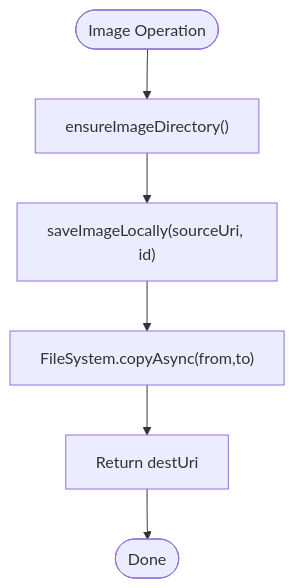
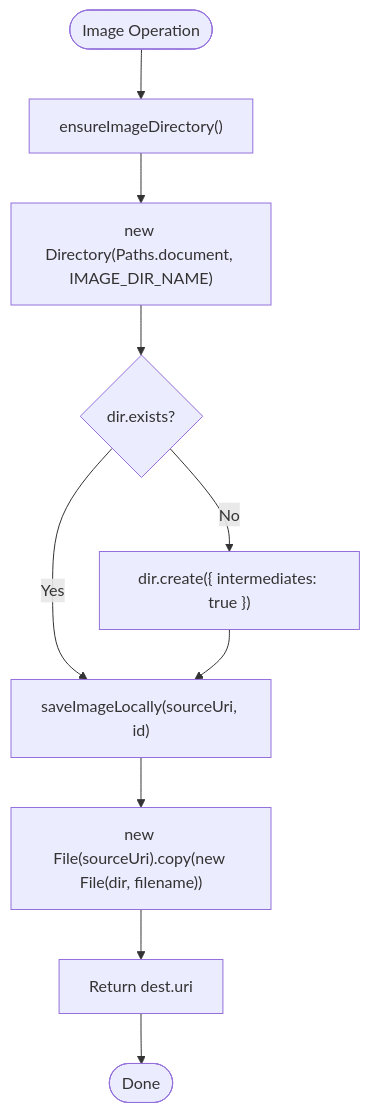
The seventh of 9 diagrams in .qoder/repowiki/en/content/Camera Integration.md (AdeelTahir-SE/DermSight), drawn with Mermaid before and after one commit. The commit also changed other lines of this file and 19 other files, not shown here.

````diff
--- a/.qoder/repowiki/en/content/Camera Integration.md
+++ b/.qoder/repowiki/en/content/Camera Integration.md
@@ -276,8 +276,12 @@
 ```mermaid
 flowchart TD
 Start(["Image Operation"]) --> EnsureDir["ensureImageDirectory()"]
-EnsureDir --> Save["saveImageLocally(sourceUri, id)"]
-Save --> Copy["FileSystem.copyAsync(from,to)"]
-Copy --> ReturnURI["Return destUri"]
+EnsureDir --> CreateDir["new Directory(Paths.document, IMAGE_DIR_NAME)"]
+CreateDir --> CheckExists{"dir.exists?"}
+CheckExists --> |No| Create["dir.create({ intermediates: true })"]
+CheckExists --> |Yes| Save["saveImageLocally(sourceUri, id)"]
+Create --> Save
+Save --> CopyFile["new File(sourceUri).copy(new File(dir, filename))"]
+CopyFile --> ReturnURI["Return dest.uri"]
 ReturnURI --> End(["Done"])
 ```
````
